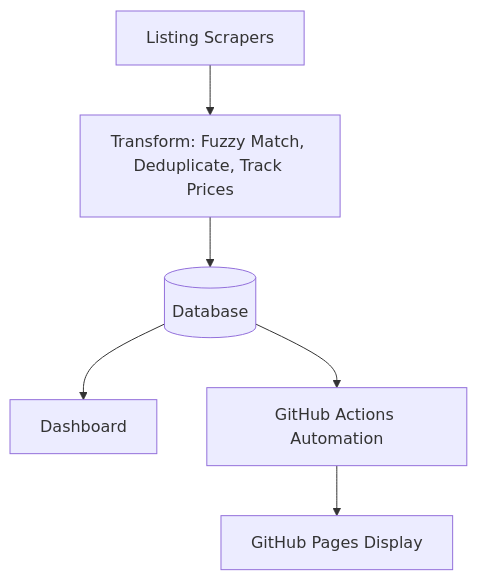
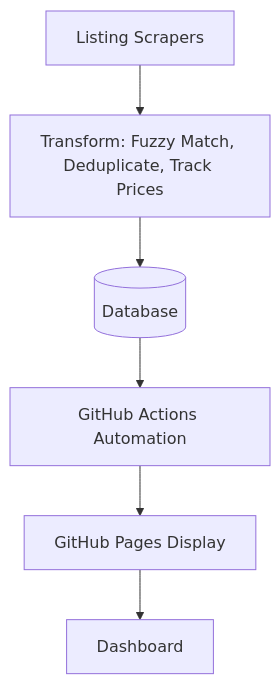
One commit to BarnardF/Motorcycle-listing-web-scraper changed the diagram in README.md. Above: the diagram before and after it, drawn with Mermaid.

````diff
--- a/README.md
+++ b/README.md
@@ -22,8 +22,8 @@
 ```mermaid
 flowchart TD
     A[Listing Scrapers] --> B[Transform: Fuzzy Match, Deduplicate, Track Prices]
     B --> C[(Database)]
-    C --> D[Dashboard]
-    C --> E[GitHub Actions Automation]
-    E --> F[GitHub Pages Display]
+    C --> D[GitHub Actions Automation]
+    D --> E[GitHub Pages Display]
+    E --> F[Dashboard]
 ```
````
